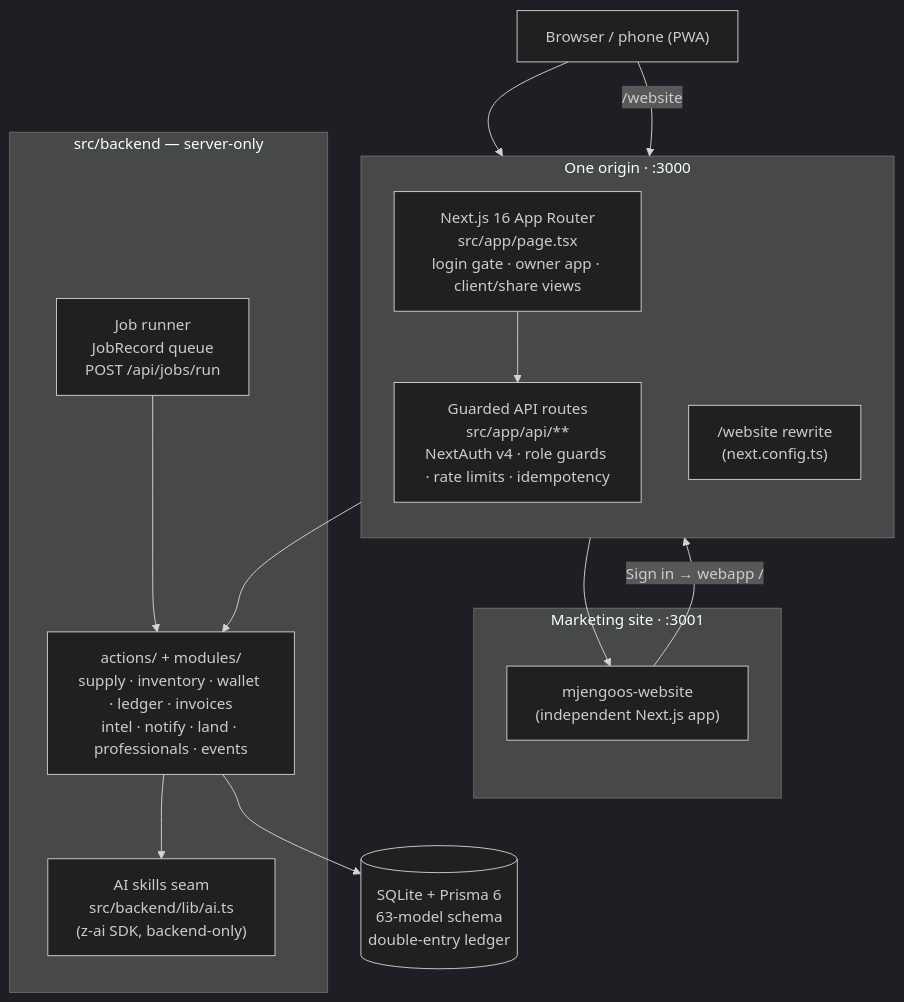
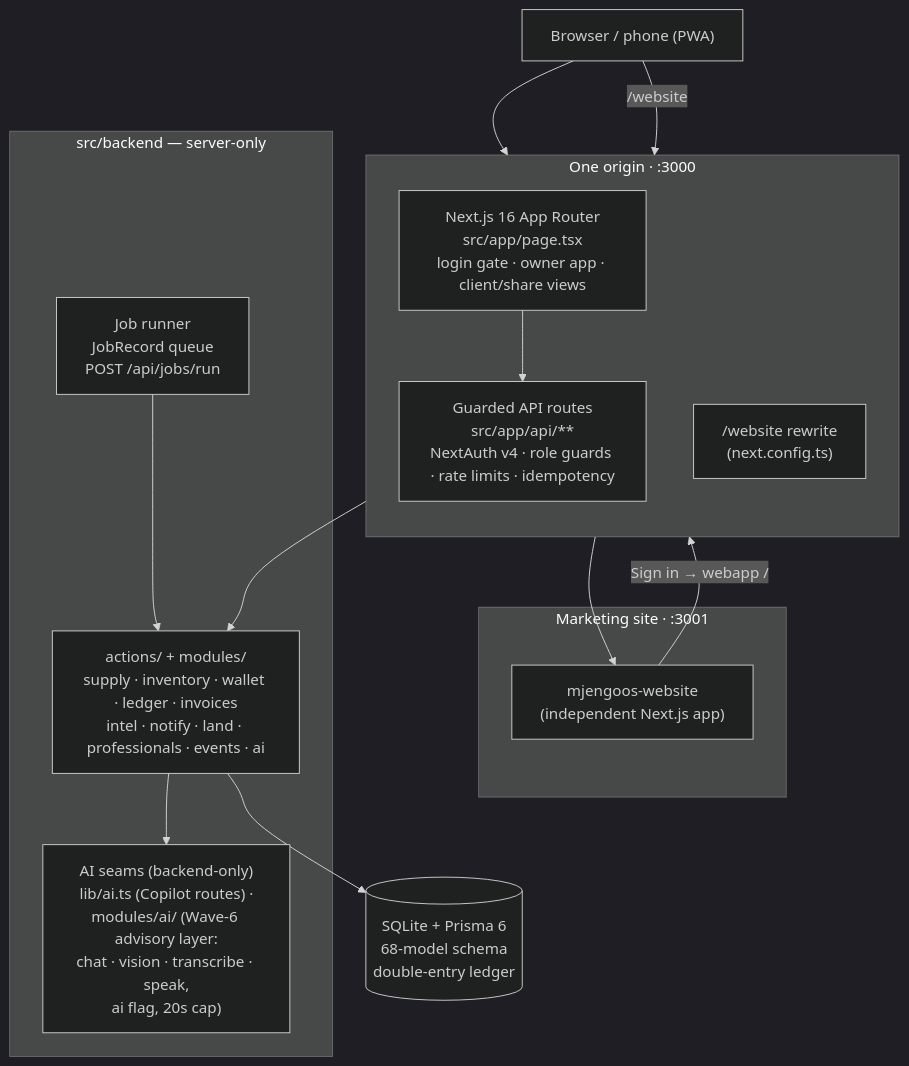
The diagram in README.md (Roy-Wanyoike/Mjengo-OS), drawn with Mermaid (dark theme) before and after one commit. The commit also changed other lines of this file and 8 other files, not shown here.

First line of the commit message:
docs: wave-6 AI recruiter refresh — README/ARCHITECTURE/RELEASE-NOTES/backlog/handoff + honesty fixes

````diff
--- a/README.md
+++ b/README.md
@@ -177,33 +242,33 @@
 ```mermaid
 flowchart TB
     U["Browser / phone (PWA)"]
 
     subgraph ONE["One origin · :3000"]
         direction TB
         NEXT["Next.js 16 App Router<br/>src/app/page.tsx<br/>login gate · owner app · client/share views"]
         REWRITE["/website rewrite<br/>(next.config.ts)"]
         API["Guarded API routes<br/>src/app/api/**<br/>NextAuth v4 · role guards · rate limits · idempotency"]
     end
 
     subgraph SITE["Marketing site · :3001"]
         WEB["mjengoos-website<br/>(independent Next.js app)"]
     end
 
     subgraph BACK["src/backend — server-only"]
-        BIZ["actions/ + modules/<br/>supply · inventory · wallet · ledger · invoices<br/>intel · notify · land · professionals · events"]
+        BIZ["actions/ + modules/<br/>supply · inventory · wallet · ledger · invoices<br/>intel · notify · land · professionals · events · ai"]
         JOBS["Job runner<br/>JobRecord queue<br/>POST /api/jobs/run"]
-        AIS["AI skills seam<br/>src/backend/lib/ai.ts<br/>(z-ai SDK, backend-only)"]
+        AIS["AI seams (backend-only)<br/>lib/ai.ts (Copilot routes) ·<br/>modules/ai/ (Wave-6 advisory layer:<br/>chat · vision · transcribe · speak,<br/>ai flag, 20s cap)"]
     end
 
-    DB[("SQLite + Prisma 6<br/>63-model schema<br/>double-entry ledger")]
+    DB[("SQLite + Prisma 6<br/>68-model schema<br/>double-entry ledger")]
 
     U --> NEXT
     U -->|"/website"| REWRITE
     REWRITE --> WEB
     WEB -->|"Sign in → webapp /"| NEXT
     NEXT --> API
     API --> BIZ
     JOBS --> BIZ
     BIZ --> AIS
     BIZ --> DB
 ```
````
